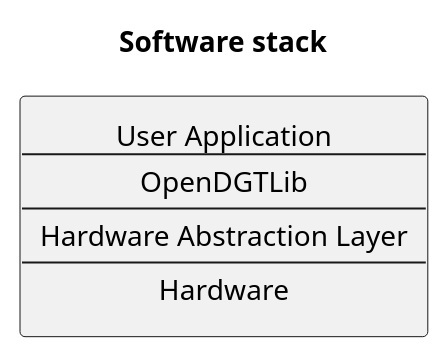
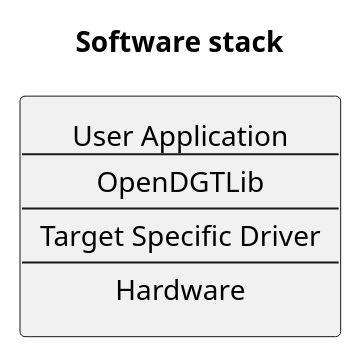
The diagram in doc/sw/sw_stack.puml (MN3141/OpenDGT), drawn with PlantUML before and after one commit. The commit also changed 190 other files, not shown here.

```diff
--- a/doc/sw/sw_stack.puml
+++ b/doc/sw/sw_stack.puml
@@ -1,20 +1,20 @@
 @startuml
 title Software stack
 
 <style>
     element{
         HorizontalAlignment: center
     }
 </style>
 
 rectangle sw_stack [
     User Application
     ---
     OpenDGTLib
     ---
-    Hardware Abstraction Layer
+    Target Specific Driver
     ---
     Hardware
 ]
 
 @enduml
```
